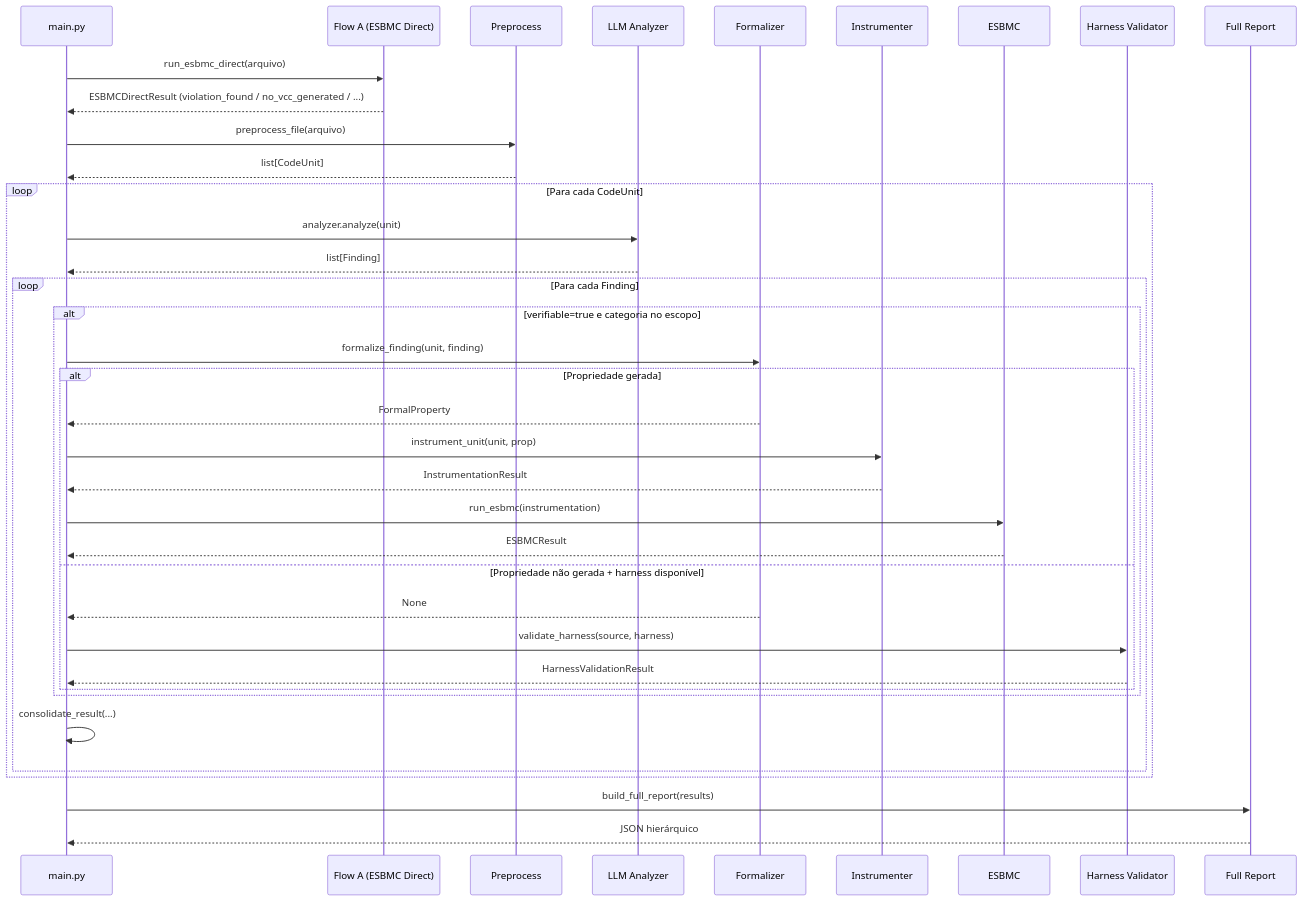
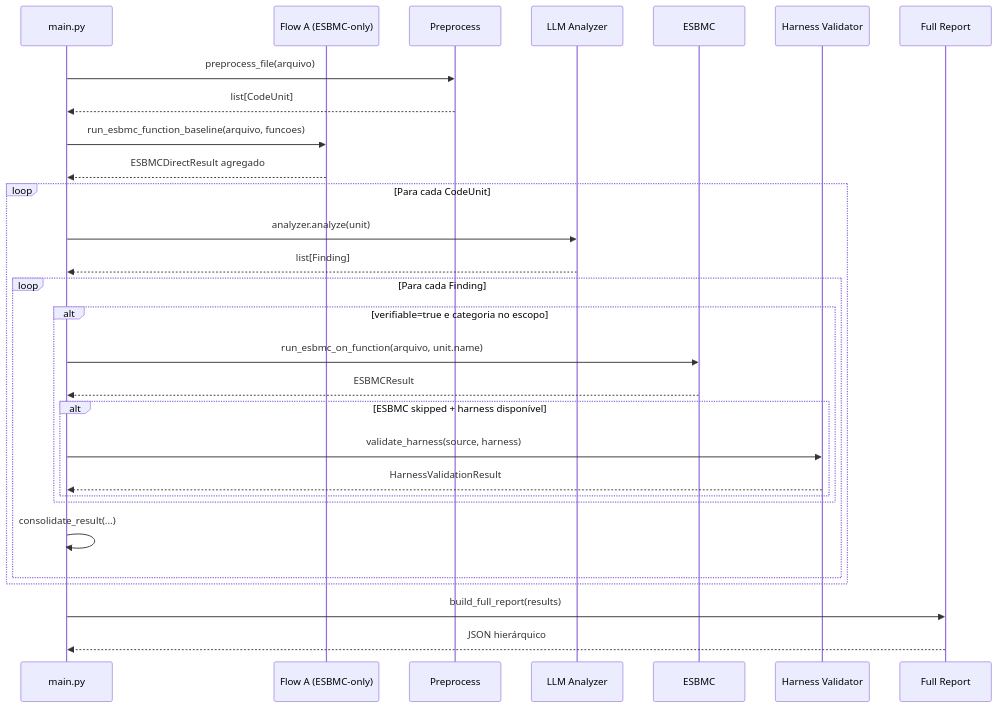
One commit to feralice/llm-esbmc-pipeline changed the first of 4 diagrams in docs/pipeline_flow.md. Above: the diagram before and after it, drawn with Mermaid. The commit also changed other lines of this file and 38 other files, not shown here.

Commit message:
Pipeline refactoring: using the --function  feature in esbmc to simplify the pipeline. esbmc-only workflow, llm+esbmc, and llm-only

````diff
--- a/docs/pipeline_flow.md
+++ b/docs/pipeline_flow.md
@@ -5,44 +5,35 @@
 ```mermaid
 sequenceDiagram
     participant CLI as main.py
-    participant FA as Flow A (ESBMC Direct)
+    participant FA as Flow A (ESBMC-only)
     participant PP as Preprocess
     participant LLM as LLM Analyzer
-    participant FM as Formalizer
-    participant IN as Instrumenter
     participant ESBMC as ESBMC
     participant HV as Harness Validator
     participant RPT as Full Report
 
-    CLI->>FA: run_esbmc_direct(arquivo)
-    FA-->>CLI: ESBMCDirectResult (violation_found / no_vcc_generated / ...)
-
     CLI->>PP: preprocess_file(arquivo)
     PP-->>CLI: list[CodeUnit]
+    CLI->>FA: run_esbmc_function_baseline(arquivo, funcoes)
+    FA-->>CLI: ESBMCDirectResult agregado
 
     loop Para cada CodeUnit
         CLI->>LLM: analyzer.analyze(unit)
         LLM-->>CLI: list[Finding]
 
         loop Para cada Finding
             alt verifiable=true e categoria no escopo
-                CLI->>FM: formalize_finding(unit, finding)
-                alt Propriedade gerada
-                    FM-->>CLI: FormalProperty
-                    CLI->>IN: instrument_unit(unit, prop)
-                    IN-->>CLI: InstrumentationResult
-                    CLI->>ESBMC: run_esbmc(instrumentation)
-                    ESBMC-->>CLI: ESBMCResult
-                else Propriedade não gerada + harness disponível
-                    FM-->>CLI: None
+                CLI->>ESBMC: run_esbmc_on_function(arquivo, unit.name)
+                ESBMC-->>CLI: ESBMCResult
+                alt ESBMC skipped + harness disponível
                     CLI->>HV: validate_harness(source, harness)
                     HV-->>CLI: HarnessValidationResult
                 end
             end
             CLI->>CLI: consolidate_result(...)
         end
     end
 
     CLI->>RPT: build_full_report(results)
     RPT-->>CLI: JSON hierárquico
 ```
````
